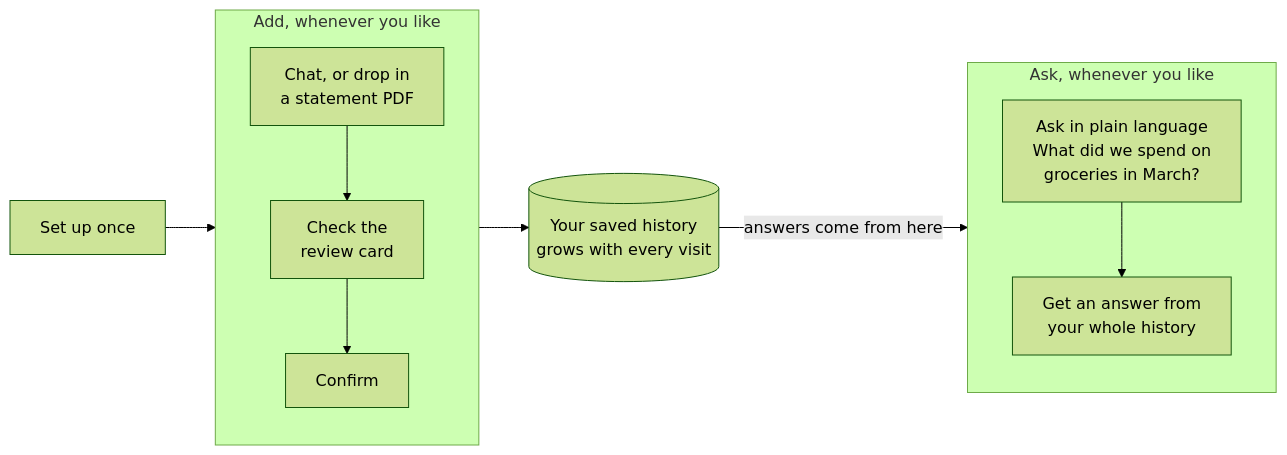
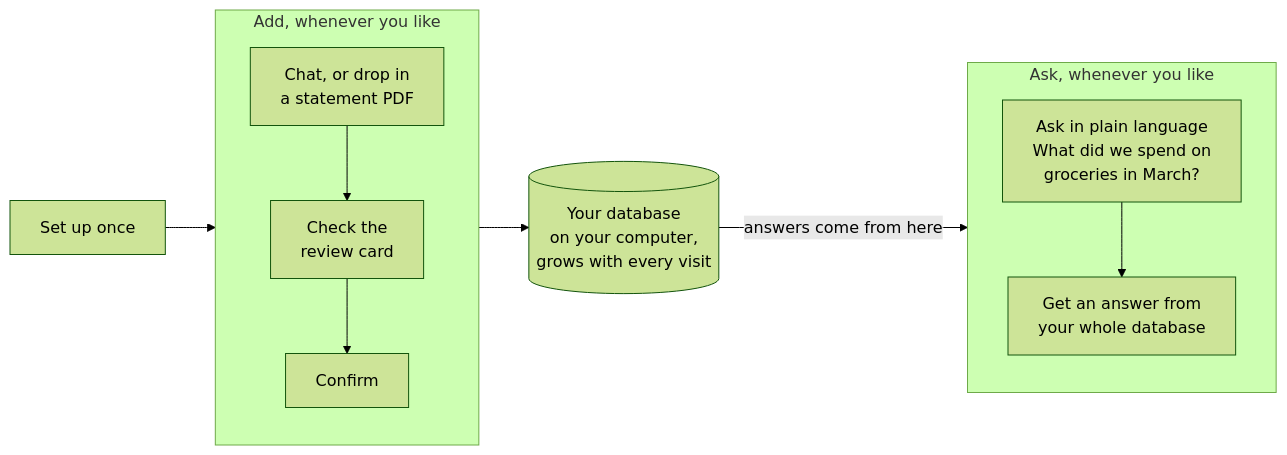
One commit to SameerR007/haushaltsbuch changed the first of 4 diagrams in README.md. Above: the diagram before and after it, drawn with Mermaid (forest theme). The commit also changed other lines of this file, not shown here.

First line of the commit message:
Say "database" instead of "history" in the README.

````diff
--- a/README.md
+++ b/README.md
@@ -53,14 +53,14 @@
 ```mermaid
 flowchart LR
     S["Set up once"] --> A1
     subgraph ADD["Add, whenever you like"]
         direction TB
         A1["Chat, or drop in<br/>a statement PDF"] --> A2["Check the<br/>review card"] --> A3["Confirm"]
     end
-    A3 --> H[("Your saved history<br/>grows with every visit")]
+    A3 --> H[("Your database<br/>on your computer,<br/>grows with every visit")]
     subgraph ASK["Ask, whenever you like"]
         direction TB
-        Q1["Ask in plain language<br/>What did we spend on<br/>groceries in March?"] --> Q2["Get an answer from<br/>your whole history"]
+        Q1["Ask in plain language<br/>What did we spend on<br/>groceries in March?"] --> Q2["Get an answer from<br/>your whole database"]
     end
     H -->|"answers come from here"| Q2
 ```
````
